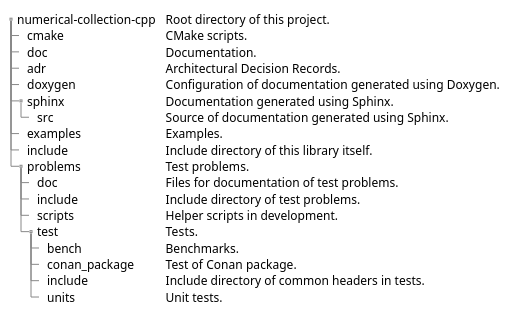
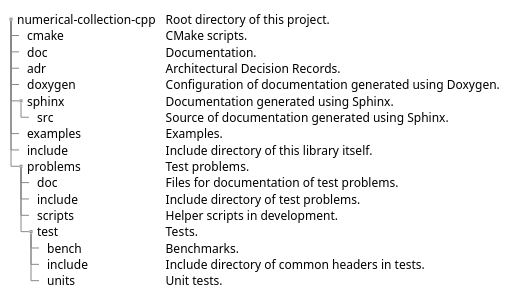
The diagram in doc/sphinx/src/directories.rst (MusicScience37/numerical-collection-cpp), drawn with PlantUML before and after one commit. The commit also changed 11 other files, not shown here.

```diff
--- a/doc/sphinx/src/directories.rst
+++ b/doc/sphinx/src/directories.rst
@@ -4,26 +4,25 @@
 .. uml::
 
     @startsalt
     {
     {T
     + numerical-collection-cpp  | Root directory of this project.
     ++ cmake                    | CMake scripts.
     ++ doc                      | Documentation.
     ++ adr                      | Architectural Decision Records.
     ++ doxygen                  | Configuration of documentation generated using Doxygen.
     ++ sphinx                   | Documentation generated using Sphinx.
     +++ src                     | Source of documentation generated using Sphinx.
     ++ examples                 | Examples.
     ++ include                  | Include directory of this library itself.
     ++ problems                 | Test problems.
     +++ doc                     | Files for documentation of test problems.
     +++ include                 | Include directory of test problems.
     +++ scripts                 | Helper scripts in development.
     +++ test                    | Tests.
     ++++ bench                  | Benchmarks.
-    ++++ conan_package          | Test of Conan package.
     ++++ include                | Include directory of common headers in tests.
     ++++ units                  | Unit tests.
     }
     }
     @endsalt
```
